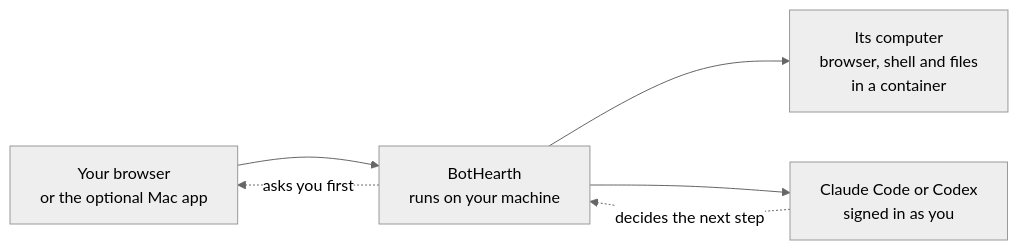
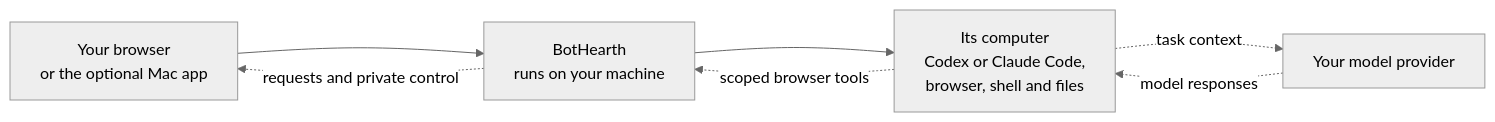
Before and after one commit to sanjaygbhat/bothearth: the diagram in README.md, drawn with Mermaid (neutral theme). The commit also changed other lines of this file and 191 other files, not shown here.

````diff
--- a/README.md
+++ b/README.md
@@ -75,8 +73,9 @@
 ```mermaid
 flowchart LR
   A["Your browser<br/>or the optional Mac app"] --> B["BotHearth<br/>runs on your machine"]
-  B --> C["Its computer<br/>browser, shell and files<br/>in a container"]
-  B --> D["Claude Code or Codex<br/>signed in as you"]
-  D -.->|"decides the next step"| B
-  B -.->|"asks you first"| A
+  B --> C["Its computer<br/>Codex or Claude Code,<br/>browser, shell and files"]
+  C -.->|"task context"| D["Your model provider"]
+  D -.->|"model responses"| C
+  C -.->|"scoped browser tools"| B
+  B -.->|"requests and private control"| A
 ```
````
